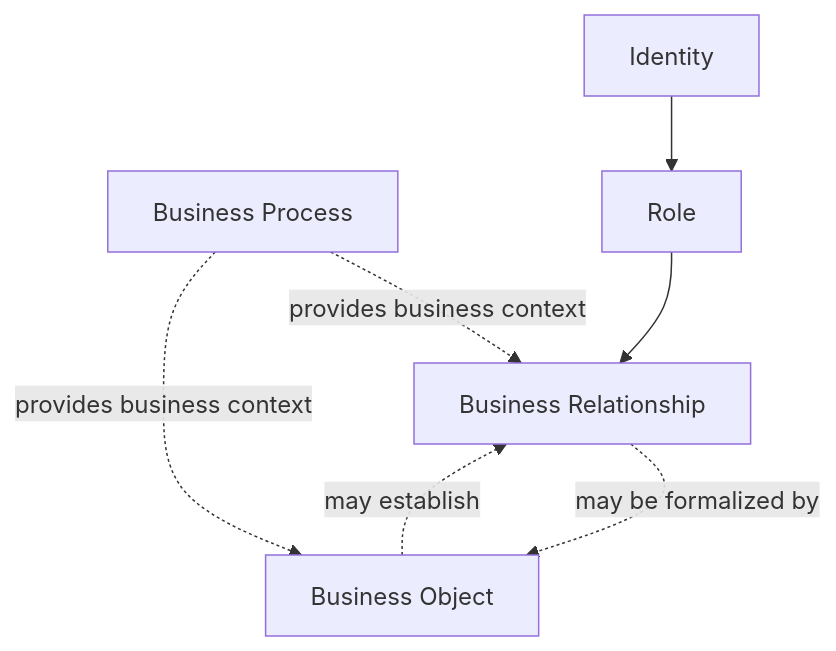
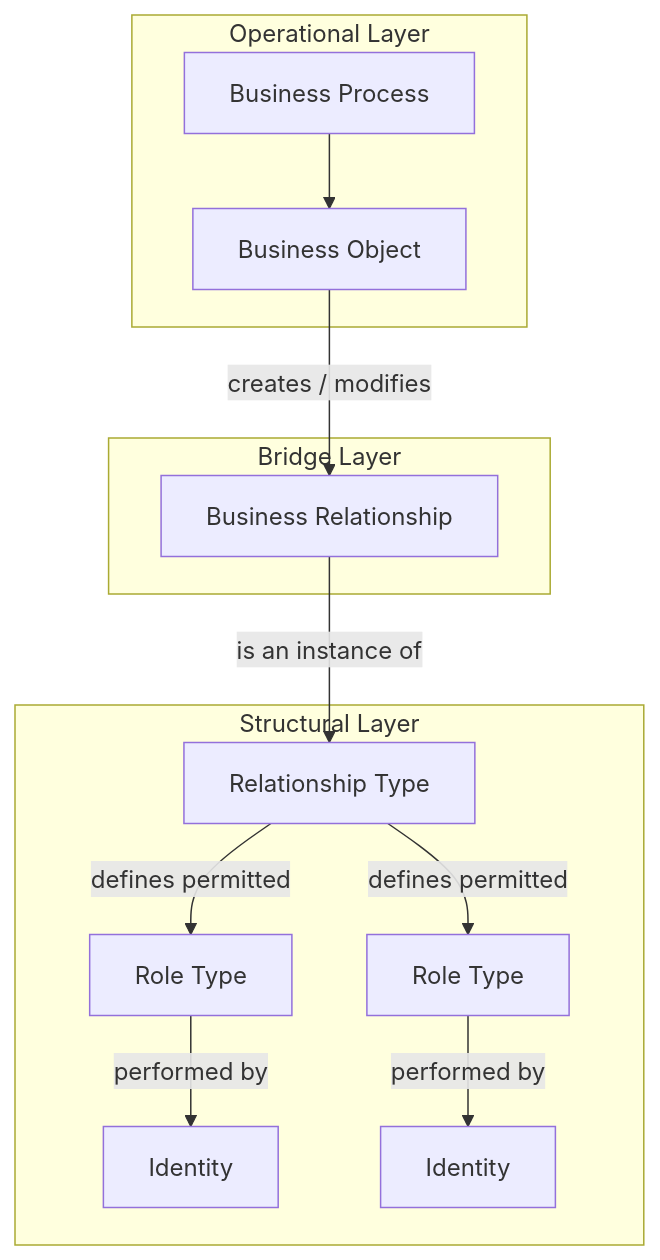
One commit to stanislavbut-design/orion changed the second of 3 diagrams in docs/architecture/ARCH-003-domain-model.md. Above: the diagram before and after it, drawn with Mermaid. The commit also changed other lines of this file and 5 other files, not shown here.

Commit message:
S01-M01.02.01 Refine ARCH-003 architectural baseline

````diff
--- a/docs/architecture/ARCH-003-domain-model.md
+++ b/docs/architecture/ARCH-003-domain-model.md
@@ -96,20 +76,32 @@
 ```mermaid
 flowchart TD
 
-    BP["Business Process"]
+    subgraph Operational["Operational Layer"]
+        BP["Business Process"]
+        BO["Business Object"]
+    end
 
-    I["Identity"]
-    R["Role"]
-    BR["Business Relationship"]
+    subgraph Bridge["Bridge Layer"]
+        BR["Business Relationship"]
+    end
 
-    BO["Business Object"]
+    subgraph Structural["Structural Layer"]
+        RT["Relationship Type"]
 
-    I --> R
-    R --> BR
+        R1["Role Type"]
+        R2["Role Type"]
 
-    BP -.provides business context.-> BR
-    BP -.provides business context.-> BO
+        I1["Identity"]
+        I2["Identity"]
+    end
 
-    BR -.may be formalized by.-> BO
-    BO -.may establish.-> BR
+    BP --> BO
+    BO -->|creates / modifies| BR
+    BR -->|is an instance of| RT
+
+    RT -->|defines permitted| R1
+    RT -->|defines permitted| R2
+
+    R1 -->|performed by| I1
+    R2 -->|performed by| I2
 ```
````
